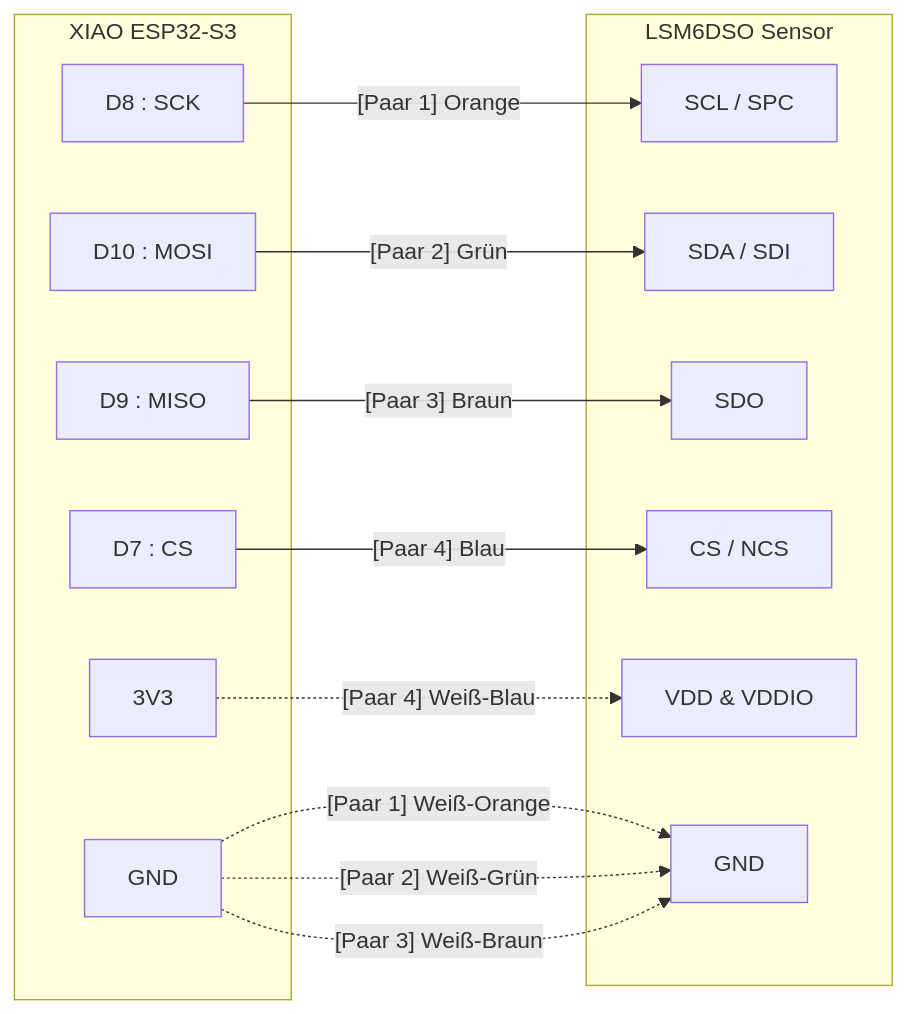
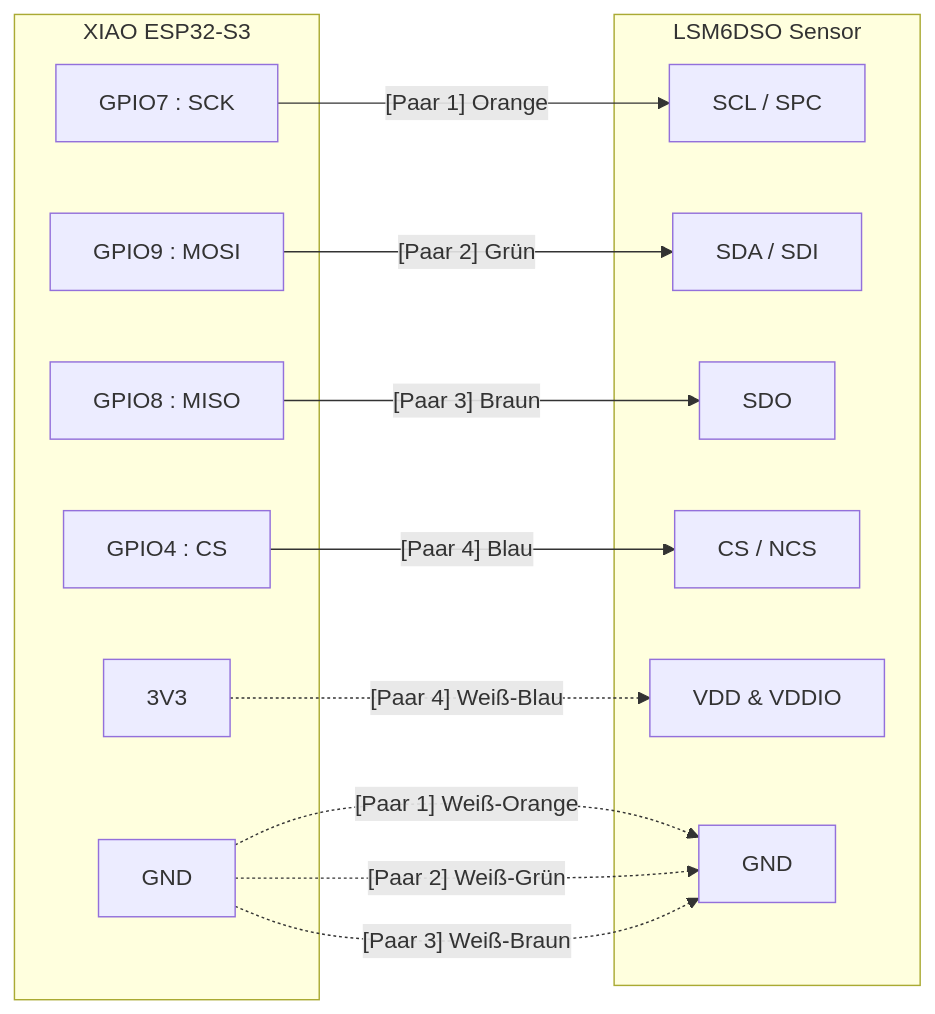
One commit to simenz85/senzIMU changed the diagram in docs/spi-ueber-distanz-fallback.md. Above: the diagram before and after it, drawn with Mermaid. The commit also changed other lines of this file and 1 other file, not shown here.

Commit message:
Update SPI wiring docs to match firmware GPIO mapping

````diff
--- a/docs/spi-ueber-distanz-fallback.md
+++ b/docs/spi-ueber-distanz-fallback.md
@@ -14,32 +14,32 @@
 ```mermaid
 flowchart LR
     subgraph XIAO["XIAO ESP32-S3"]
-        X_SCK["D8 : SCK"]
-        X_MOSI["D10 : MOSI"]
-        X_MISO["D9 : MISO"]
-        X_CS["D7 : CS"]
+        X_SCK["GPIO7 : SCK"]
+        X_MOSI["GPIO9 : MOSI"]
+        X_MISO["GPIO8 : MISO"]
+        X_CS["GPIO4 : CS"]
         X_3V3["3V3"]
         X_GND["GND"]
     end
 
     subgraph LSM["LSM6DSO Sensor"]
         S_SCK["SCL / SPC"]
         S_MOSI["SDA / SDI"]
         S_MISO["SDO"]
         S_CS["CS / NCS"]
         S_VDD["VDD & VDDIO"]
         S_GND["GND"]
     end
 
     X_SCK -->|"[Paar 1] Orange"| S_SCK
     X_GND -.->|"[Paar 1] Weiß-Orange"| S_GND
 
     X_MOSI -->|"[Paar 2] Grün"| S_MOSI
     X_GND -.->|"[Paar 2] Weiß-Grün"| S_GND
 
     X_MISO -->|"[Paar 3] Braun"| S_MISO
     X_GND -.->|"[Paar 3] Weiß-Braun"| S_GND
 
     X_CS -->|"[Paar 4] Blau"| S_CS
     X_3V3 -.->|"[Paar 4] Weiß-Blau"| S_VDD
 ```
````
